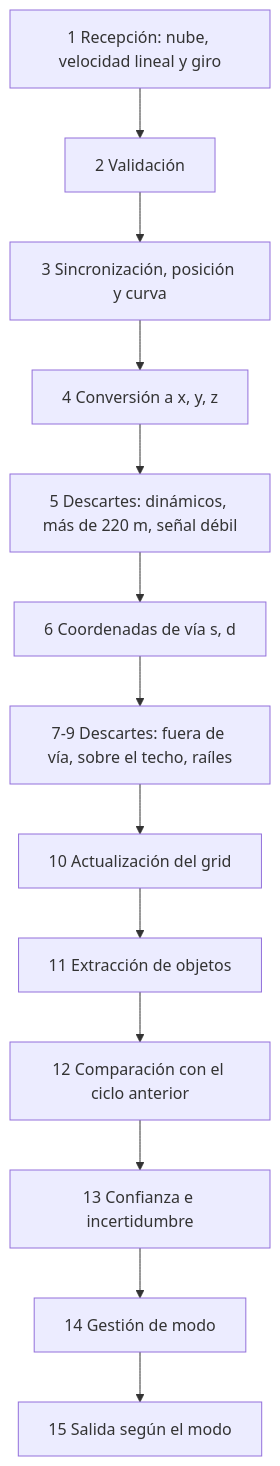
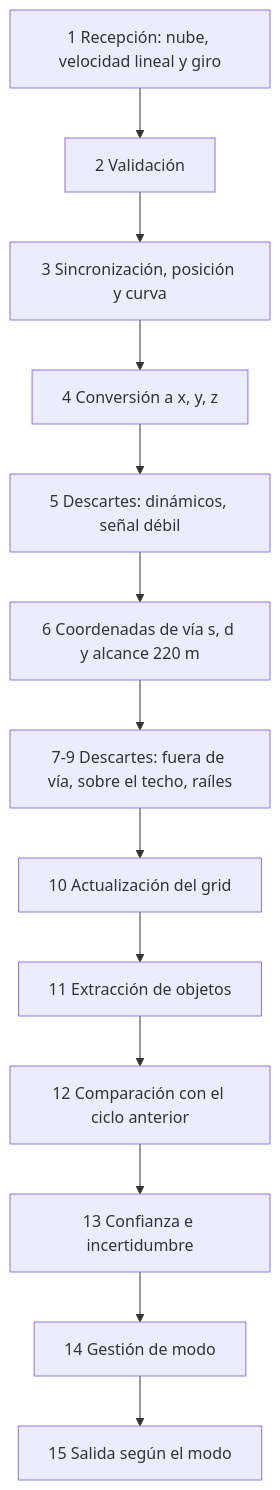
Before and after one commit to buzondealiciagarcia-cmyk/prueba-tecnica-saf: the diagram in docs/02-diseno/diagramas/arquitectura-sw.mmd, drawn with Mermaid. The commit also changed 5 other files, not shown here.

```diff
--- a/docs/02-diseno/diagramas/arquitectura-sw.mmd
+++ b/docs/02-diseno/diagramas/arquitectura-sw.mmd
@@ -1,13 +1,13 @@
 flowchart TB
   A[1 Recepción: nube, velocidad lineal y giro] --> B[2 Validación]
   B --> C[3 Sincronización, posición y curva]
   C --> D[4 Conversión a x, y, z]
-  D --> E[5 Descartes: dinámicos, más de 220 m, señal débil]
-  E --> F[6 Coordenadas de vía s, d]
+  D --> E[5 Descartes: dinámicos, señal débil]
+  E --> F[6 Coordenadas de vía s, d y alcance 220 m]
   F --> G[7-9 Descartes: fuera de vía, sobre el techo, raíles]
   G --> H[10 Actualización del grid]:::hl
   H --> I[11 Extracción de objetos]
   I --> J[12 Comparación con el ciclo anterior]
   J --> K[13 Confianza e incertidumbre]
   K --> L[14 Gestión de modo]
   L --> M[15 Salida según el modo]
```
